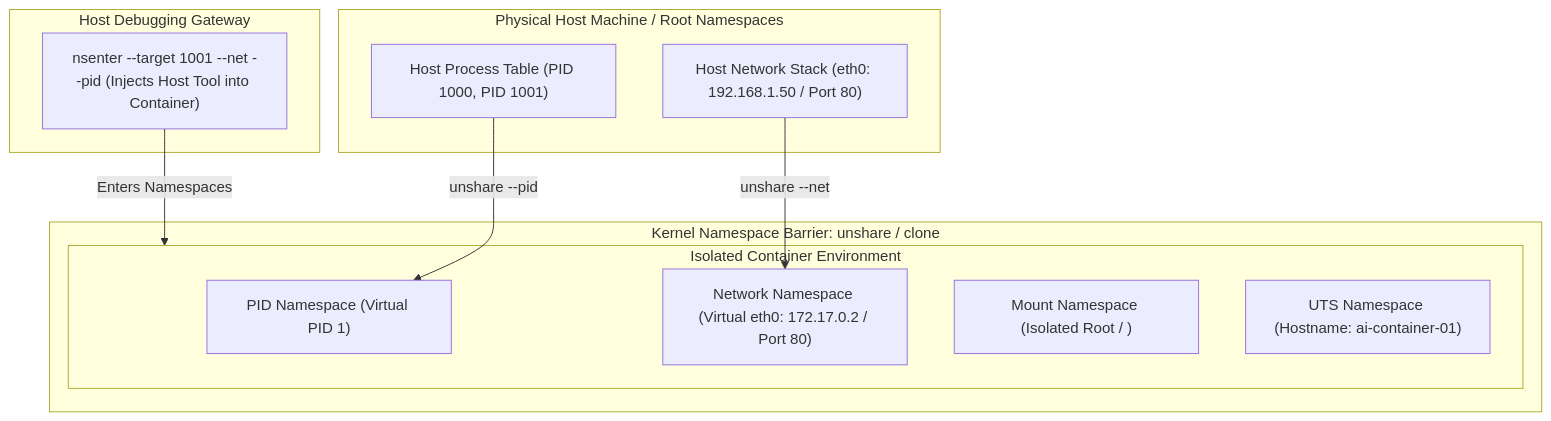
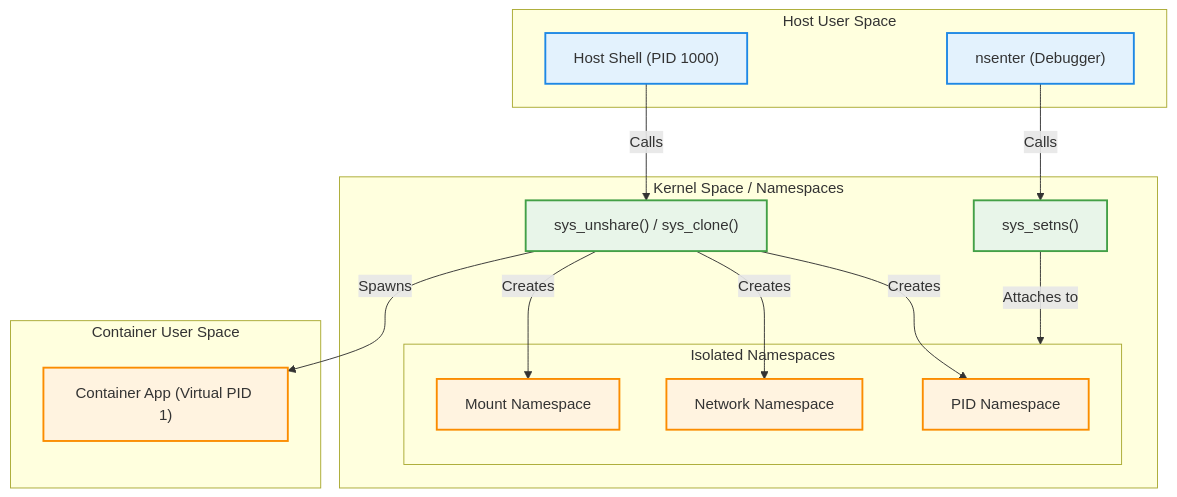
The diagram in courses/platform-engineering/modules/module-03/lesson-07.md (aloysiuspattath/platform-engineering-ai-course), drawn with Mermaid before and after one commit. The commit also changed 114 other files, not shown here.

Commit message:
refactor: massive swarm diagram review enforcing architectural layers and strict color palette

````diff
--- a/courses/platform-engineering/modules/module-03/lesson-07.md
+++ b/courses/platform-engineering/modules/module-03/lesson-07.md
@@ -92,25 +92,33 @@
 ```mermaid
 flowchart TD
-    subgraph HostMachine [Physical Host Machine / Root Namespaces]
-        HOST_PID["Host Process Table (PID 1000, PID 1001)"] 
-        HOST_NET["Host Network Stack (eth0: 192.168.1.50 / Port 80)"]
+    classDef userSpace fill:#e3f2fd,stroke:#1e88e5,stroke-width:2px;
+    classDef kernelSpace fill:#e8f5e9,stroke:#43a047,stroke-width:2px;
+    classDef container fill:#fff3e0,stroke:#fb8c00,stroke-width:2px;
+
+    subgraph HostEnv [Host User Space]
+        HOST_BASH["Host Shell (PID 1000)"]:::userSpace
+        NSENTER["nsenter (Debugger)"]:::userSpace
     end
 
-    subgraph NamespaceIsolation [Kernel Namespace Barrier: unshare / clone]
-        subgraph ContainerBox [Isolated Container Environment]
-            NS_PID["PID Namespace (Virtual PID 1)"]
-            NS_NET["Network Namespace (Virtual eth0: 172.17.0.2 / Port 80)"]
-            NS_MNT["Mount Namespace (Isolated Root / )"]
-            NS_UTS["UTS Namespace (Hostname: ai-container-01)"]
+    subgraph KernelNS [Kernel Space / Namespaces]
+        CLONE["sys_unshare() / sys_clone()"]:::kernelSpace
+        SETNS["sys_setns()"]:::kernelSpace
+        
+        subgraph ContainerNS [Isolated Namespaces]
+            PID_NS["PID Namespace"]:::container
+            NET_NS["Network Namespace"]:::container
+            MNT_NS["Mount Namespace"]:::container
         end
     end
 
-    HOST_PID -->|unshare --pid| NS_PID
-    HOST_NET -->|unshare --net| NS_NET
-
-    subgraph DebuggingGateway [Host Debugging Gateway]
-        NSENTER["nsenter --target 1001 --net --pid (Injects Host Tool into Container)"]
+    subgraph ContainerSpace [Container User Space]
+        CONT_APP["Container App (Virtual PID 1)"]:::container
     end
 
-    NSENTER -->|Enters Namespaces| ContainerBox
+    HOST_BASH -->|Calls| CLONE
+    CLONE -->|Creates| PID_NS & NET_NS & MNT_NS
+    CLONE -->|Spawns| CONT_APP
+    
+    NSENTER -->|Calls| SETNS
+    SETNS -->|Attaches to| ContainerNS
 ```
````
